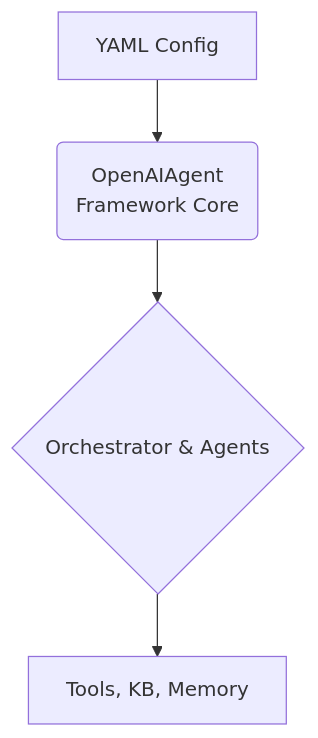
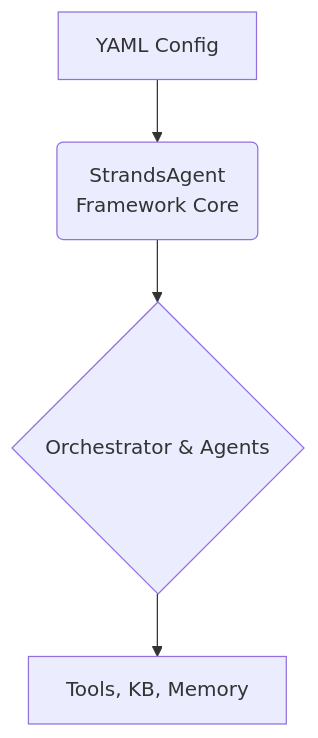
Before and after one commit to VinodKumarKP/ptr_oai_adk: the diagram in packages/aws-strands-core/README.md, drawn with Mermaid. The commit also changed 2 other files, not shown here.

Commit message:
Updated architecture diagram using mermaid

````diff
--- a/packages/aws-strands-core/README.md
+++ b/packages/aws-strands-core/README.md
@@ -38,6 +38,6 @@
 ```mermaid
     graph TD
-        A[YAML Config<br>] --> B(OpenAIAgent<br>Framework Core);
+        A[YAML Config<br>] --> B(StrandsAgent<br>Framework Core);
         B --> C{Orchestrator & Agents};
         C --> D[Tools, KB, Memory];
 ```
````
